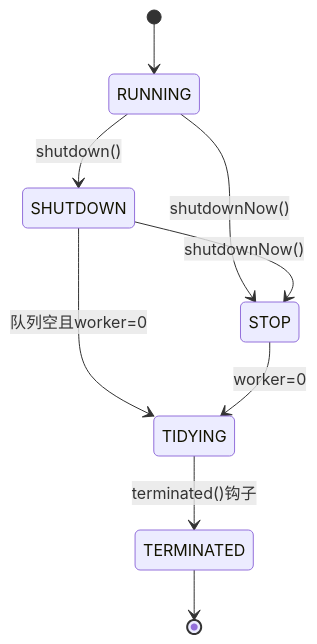
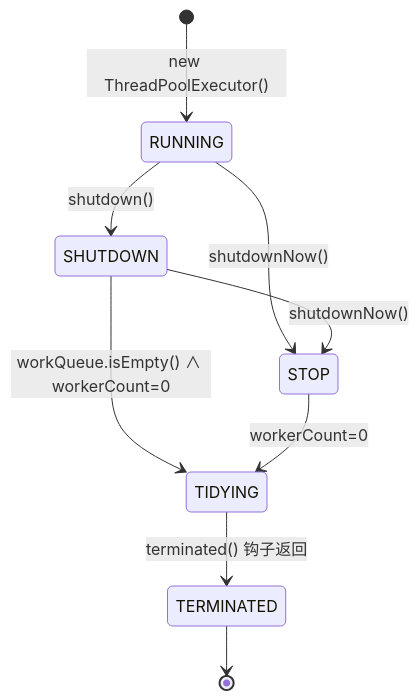
One commit to chongyang211/YCBookBlog changed the third of 6 diagrams in 00.通用技术的提升/02.程序编程原理/03.第3卷并发之道/3.16.线程池设计核心原理.md. Above: the diagram before and after it, drawn with Mermaid. The commit also changed other lines of this file and 45 other files, not shown here.

````diff
--- a/00.通用技术的提升/02.程序编程原理/03.第3卷并发之道/3.16.线程池设计核心原理.md
+++ b/00.通用技术的提升/02.程序编程原理/03.第3卷并发之道/3.16.线程池设计核心原理.md
@@ -9,11 +338,11 @@
 ```mermaid
 stateDiagram-v2
-    [*] --> RUNNING
+    [*] --> RUNNING: new ThreadPoolExecutor()
     RUNNING --> SHUTDOWN: shutdown()
     RUNNING --> STOP: shutdownNow()
     SHUTDOWN --> STOP: shutdownNow()
-    SHUTDOWN --> TIDYING: 队列空且worker=0
-    STOP --> TIDYING: worker=0
-    TIDYING --> TERMINATED: terminated()钩子
+    SHUTDOWN --> TIDYING: workQueue.isEmpty() ∧ workerCount=0
+    STOP --> TIDYING: workerCount=0
+    TIDYING --> TERMINATED: terminated() 钩子返回
     TERMINATED --> [*]
 ```
````
